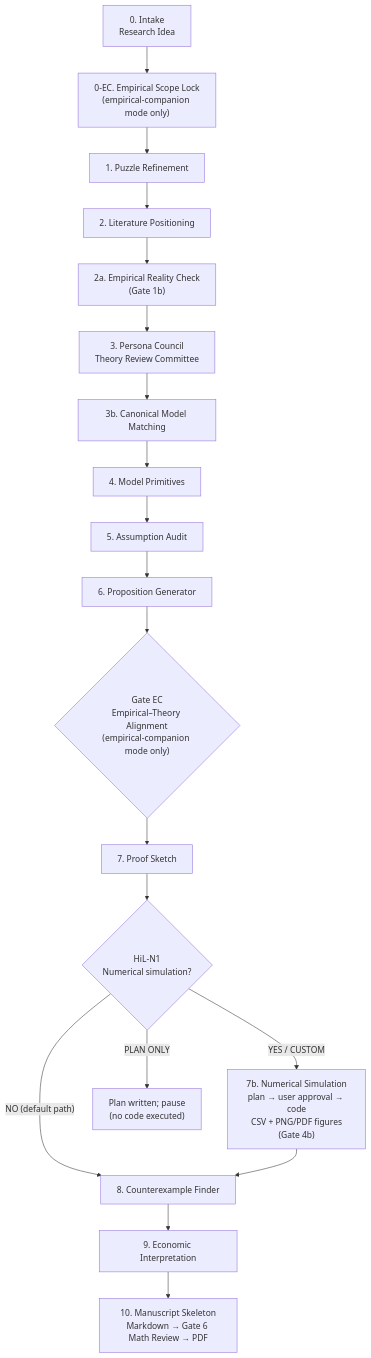
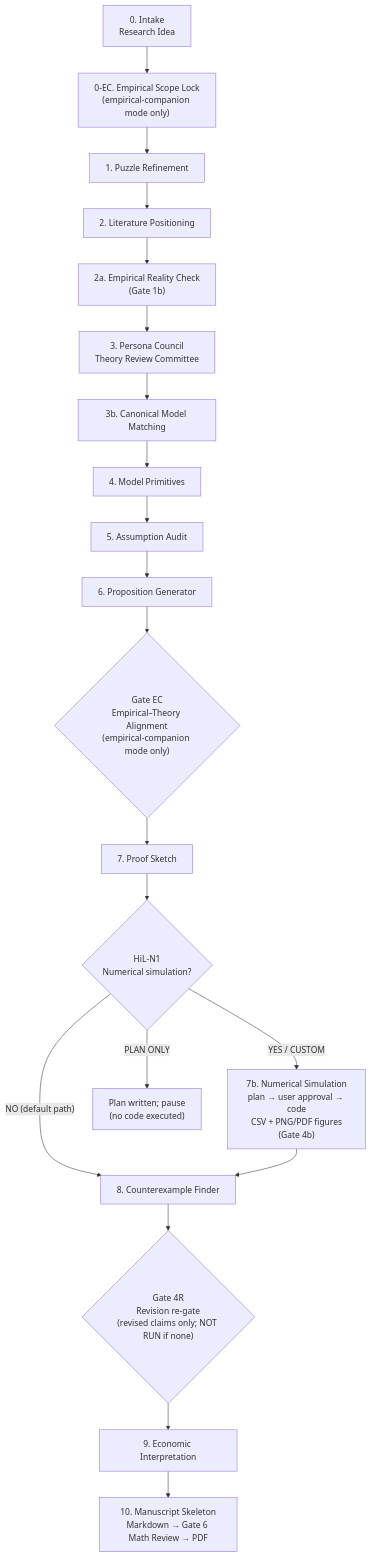
One commit to maxwell2732/pAI-Econ-claude changed the diagram in README_EN.md. Above: the diagram before and after it, drawn with Mermaid. The commit also changed other lines of this file and 11 other files, not shown here.

````diff
--- a/README_EN.md
+++ b/README_EN.md
@@ -540,21 +555,22 @@
 ```mermaid
 flowchart TD
     A["0. Intake<br/>Research Idea"] --> A2["0-EC. Empirical Scope Lock<br/>(empirical-companion mode only)"]
     A2 --> B["1. Puzzle Refinement"]
     B --> C["2. Literature Positioning"]
     C --> C2["2a. Empirical Reality Check<br/>(Gate 1b)"]
     C2 --> D["3. Persona Council<br/>Theory Review Committee"]
     D --> E["3b. Canonical Model Matching"]
     E --> F["4. Model Primitives"]
     F --> G["5. Assumption Audit"]
     G --> H["6. Proposition Generator"]
     H --> HE{"Gate EC<br/>Empirical–Theory Alignment<br/>(empirical-companion mode only)"}
     HE --> I["7. Proof Sketch"]
     I --> N1{"HiL-N1<br/>Numerical simulation?"}
     N1 -- "NO (default path)" --> J["8. Counterexample Finder"]
     N1 -- "YES / CUSTOM" --> N2["7b. Numerical Simulation<br/>plan → user approval → code<br/>CSV + PNG/PDF figures<br/>(Gate 4b)"]
     N1 -- "PLAN ONLY" --> NP["Plan written; pause<br/>(no code executed)"]
     N2 --> J
-    J --> K["9. Economic Interpretation"]
+    J --> JR{"Gate 4R<br/>Revision re-gate<br/>(revised claims only; NOT RUN if none)"}
+    JR --> K["9. Economic Interpretation"]
     K --> L["10. Manuscript Skeleton<br/>Markdown → Gate 6 Math Review → PDF"]
 ```
````
